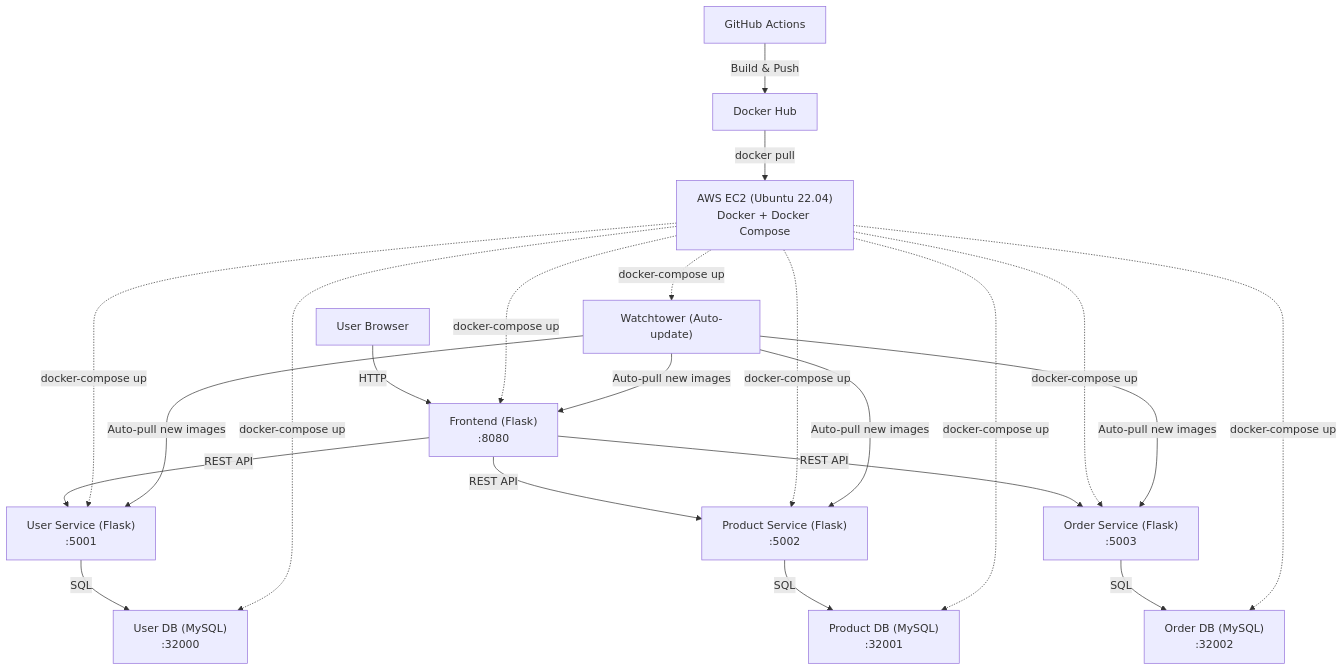
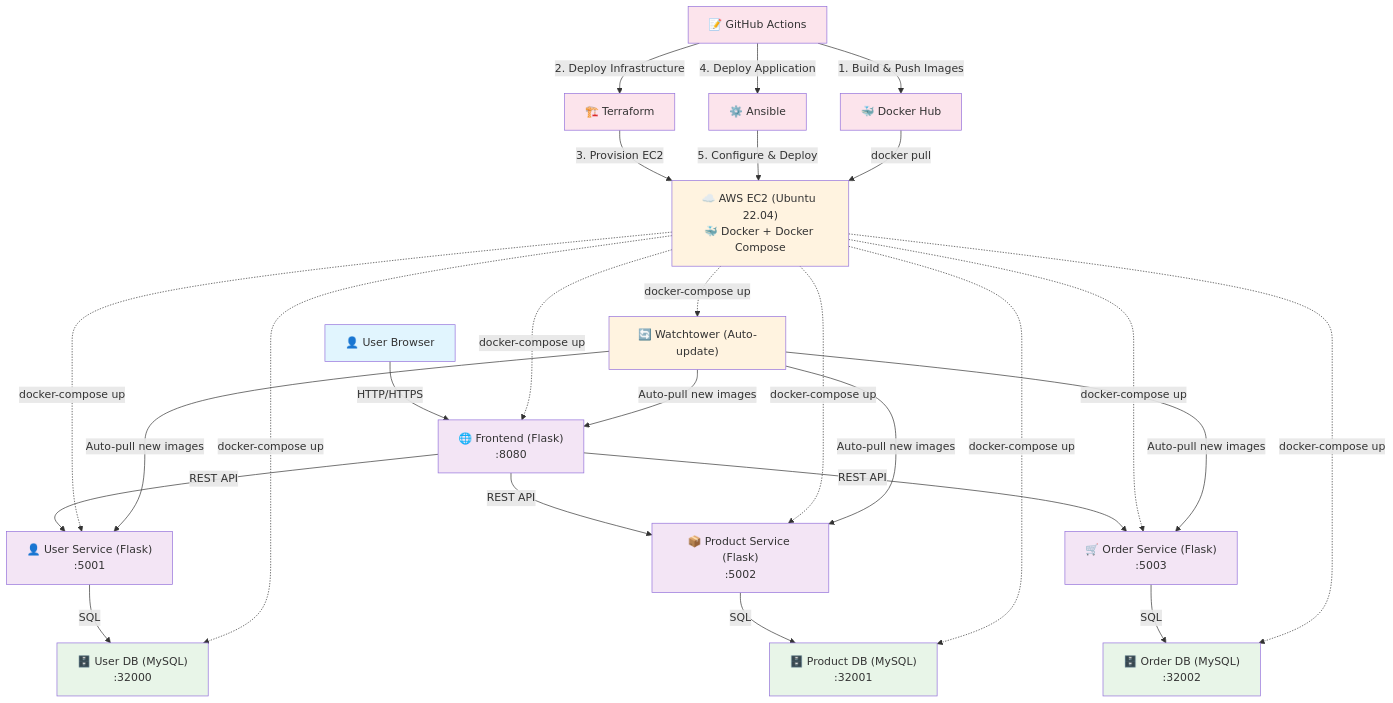
One commit to 0xsaju/gitops-learning changed the first of 5 diagrams in README.md. Above: the diagram before and after it, drawn with Mermaid. The commit also changed other lines of this file, not shown here.

Commit message:
Update README with comprehensive system architecture diagrams and current deployment status

````diff
--- a/README.md
+++ b/README.md
@@ -21,38 +23,74 @@
 ```mermaid
 flowchart TD
-    User["User Browser"]
-    FE["Frontend (Flask)\n:8080"]
-    US["User Service (Flask)\n:5001"]
-    PS["Product Service (Flask)\n:5002"]
-    OS["Order Service (Flask)\n:5003"]
-    UDB["User DB (MySQL)\n:32000"]
-    PDB["Product DB (MySQL)\n:32001"]
-    ODB["Order DB (MySQL)\n:32002"]
-    WT["Watchtower (Auto-update)"]
-    GH["GitHub Actions"]
-    DH["Docker Hub"]
-    VM["AWS EC2 (Ubuntu 22.04)\nDocker + Docker Compose"]
-
-    User -- "HTTP" --> FE
+    %% User Layer
+    User["👤 User Browser"]
+    
+    %% Application Layer
+    FE["🌐 Frontend (Flask)\n:8080"]
+    US["👤 User Service (Flask)\n:5001"]
+    PS["📦 Product Service (Flask)\n:5002"]
+    OS["🛒 Order Service (Flask)\n:5003"]
+    
+    %% Database Layer
+    UDB["🗄️ User DB (MySQL)\n:32000"]
+    PDB["🗄️ Product DB (MySQL)\n:32001"]
+    ODB["🗄️ Order DB (MySQL)\n:32002"]
+    
+    %% Infrastructure Layer
+    VM["☁️ AWS EC2 (Ubuntu 22.04)\n🐳 Docker + Docker Compose"]
+    WT["🔄 Watchtower (Auto-update)"]
+    
+    %% CI/CD Pipeline
+    GH["📝 GitHub Actions"]
+    DH["🐳 Docker Hub"]
+    TF["🏗️ Terraform"]
+    ANS["⚙️ Ansible"]
+    
+    %% User Interactions
+    User -- "HTTP/HTTPS" --> FE
     FE -- "REST API" --> US
     FE -- "REST API" --> PS
     FE -- "REST API" --> OS
+    
+    %% Service-Database Connections
     US -- "SQL" --> UDB
     PS -- "SQL" --> PDB
     OS -- "SQL" --> ODB
-
-    GH -- "Build & Push" --> DH
+    
+    %% CI/CD Flow
+    GH -- "1. Build & Push Images" --> DH
+    GH -- "2. Deploy Infrastructure" --> TF
+    TF -- "3. Provision EC2" --> VM
+    GH -- "4. Deploy Application" --> ANS
+    ANS -- "5. Configure & Deploy" --> VM
+    
+    %% Container Management
     DH -- "docker pull" --> VM
     VM -. "docker-compose up" .-> FE
     VM -. "docker-compose up" .-> US
     VM -. "docker-compose up" .-> PS
     VM -. "docker-compose up" .-> OS
     VM -. "docker-compose up" .-> UDB
     VM -. "docker-compose up" .-> PDB
     VM -. "docker-compose up" .-> ODB
     VM -. "docker-compose up" .-> WT
+    
+    %% Auto-update Flow
     WT -- "Auto-pull new images" --> FE
     WT -- "Auto-pull new images" --> US
     WT -- "Auto-pull new images" --> PS
     WT -- "Auto-pull new images" --> OS
+    
+    %% Styling
+    classDef userLayer fill:#e1f5fe
+    classDef appLayer fill:#f3e5f5
+    classDef dbLayer fill:#e8f5e8
+    classDef infraLayer fill:#fff3e0
+    classDef cicdLayer fill:#fce4ec
+    
+    class User userLayer
+    class FE,US,PS,OS appLayer
+    class UDB,PDB,ODB dbLayer
+    class VM,WT infraLayer
+    class GH,DH,TF,ANS cicdLayer
 ```
````
